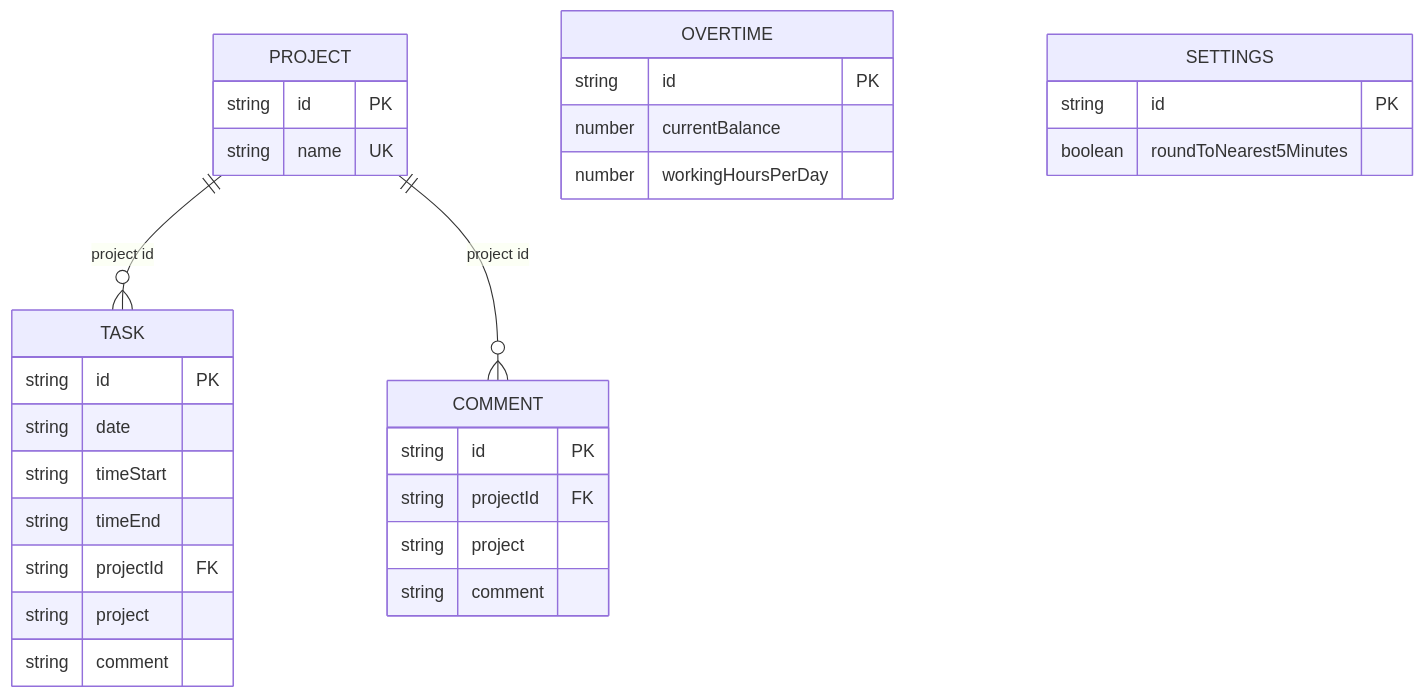
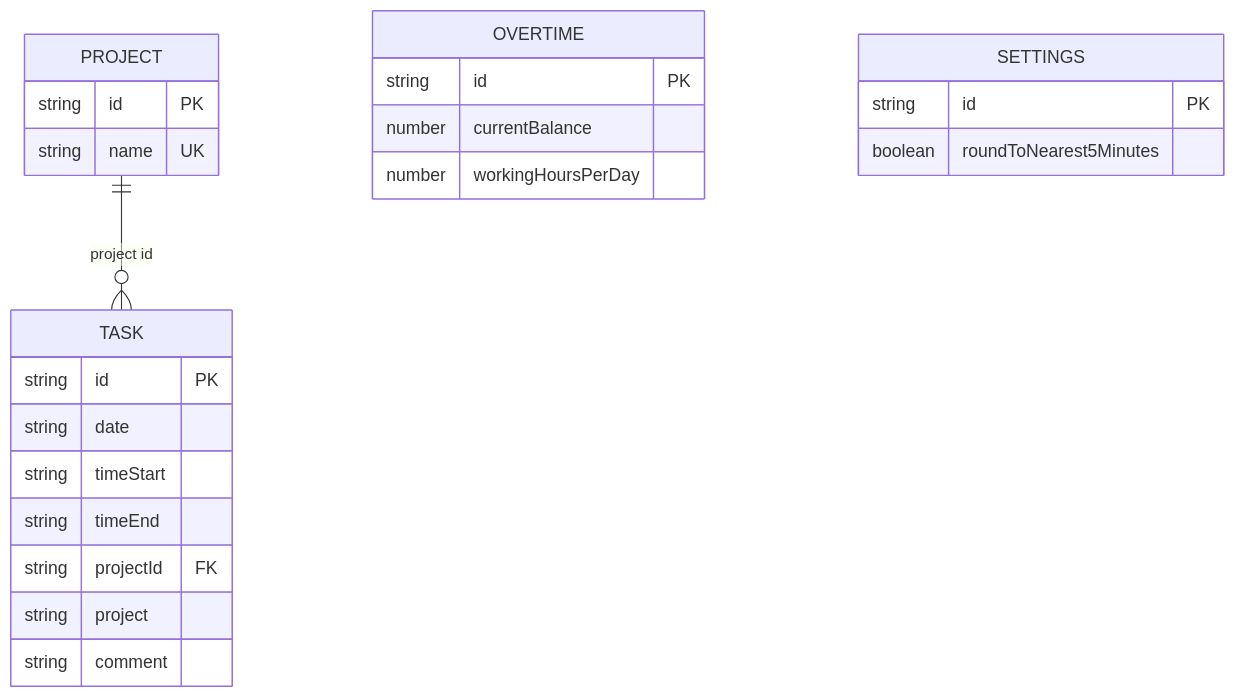
One commit to dArignac/effortum changed the diagram in docs/architecture.md. Above: the diagram before and after it, drawn with Mermaid. The commit also changed other lines of this file and 15 other files, not shown here.

````diff
--- a/docs/architecture.md
+++ b/docs/architecture.md
@@ -18,38 +18,30 @@
 ```mermaid
 erDiagram
   PROJECT ||--o{ TASK : "project id"
-  PROJECT ||--o{ COMMENT : "project id"
 
   PROJECT {
     string id PK
     string name UK
   }
 
   TASK {
     string id PK
     string date
     string timeStart
     string timeEnd
     string projectId FK
     string project
     string comment
   }
 
-  COMMENT {
-    string id PK
-    string projectId FK
-    string project
-    string comment
-  }
-
   OVERTIME {
     string id PK
     number currentBalance
     number workingHoursPerDay
   }
 
   SETTINGS {
     string id PK
     boolean roundToNearest5Minutes
   }
 ```
````
